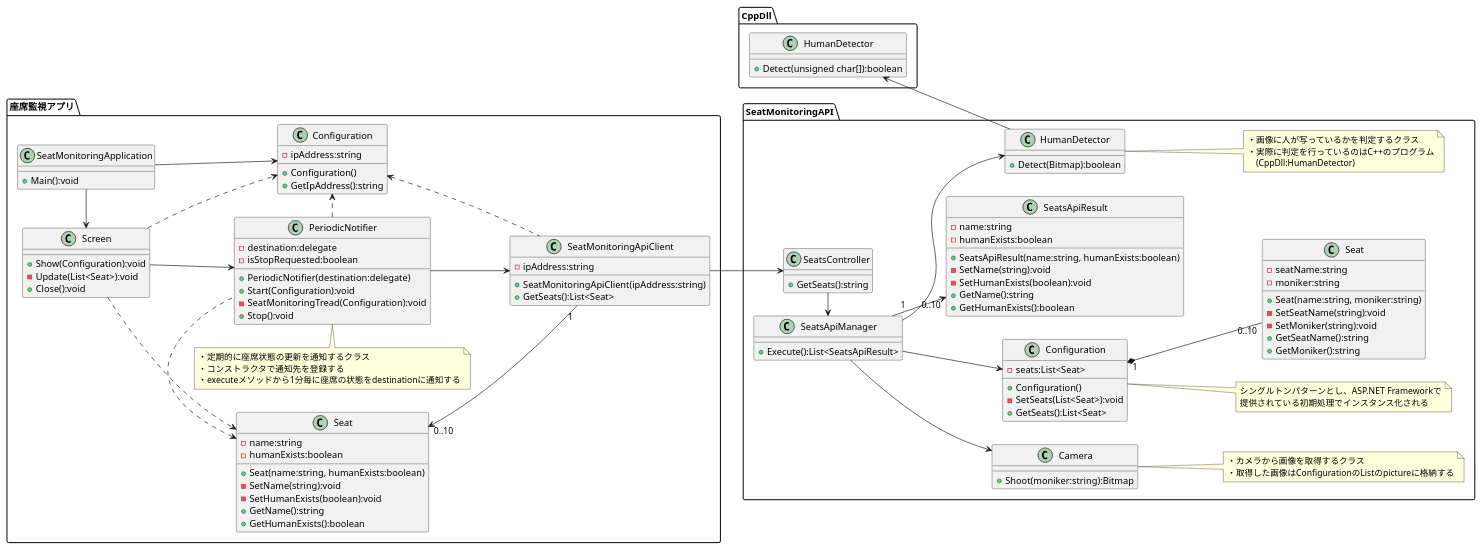
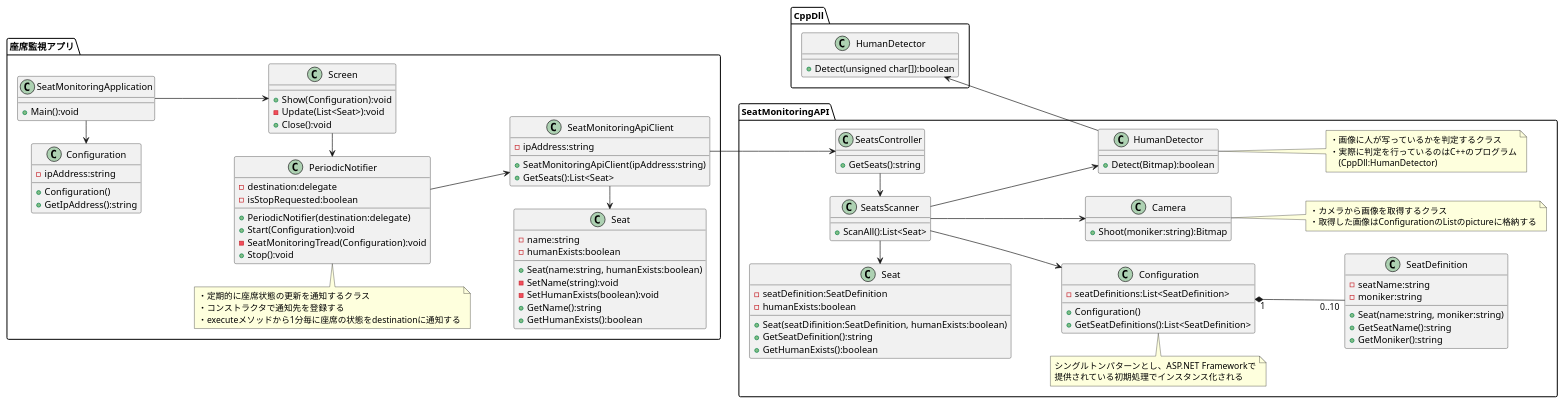
Before and after one commit to KeisukeSugita/Seat-monitoring-system: the diagram in doc/詳細設計/構成図(.pu)/クラス図.pu, drawn with PlantUML.

Commit message:
構成の見直し

```diff
--- a/doc/詳細設計/構成図(.pu)/クラス図.pu
+++ b/doc/詳細設計/構成図(.pu)/クラス図.pu
@@ -1,137 +1,126 @@
 @startuml クラス図
 left to right direction
 
 package 座席監視アプリ {
     class SeatMonitoringApplication {
         + Main():void
     }
 
     class "Configuration" as ClientConfiguration {
 		'hostnameとかendpointとか
         - ipAddress:string 
         + Configuration()
         + GetIpAddress():string
     }
 
 	class Screen {
         + Show(Configuration):void
         - Update(List<Seat>):void
 		+ Close():void
     }
 
     class SeatMonitoringApiClient {
         - ipAddress:string
         + SeatMonitoringApiClient(ipAddress:string)
         + GetSeats():List<Seat>
     }
 
     class PeriodicNotifier {
         - destination:delegate
         - isStopRequested:boolean
         + PeriodicNotifier(destination:delegate)
         + Start(Configuration):void
         - SeatMonitoringTread(Configuration):void
         + Stop():void
     }
     note top of PeriodicNotifier
         ・定期的に座席状態の更新を通知するクラス
         ・コンストラクタで通知先を登録する
         ・executeメソッドから1分毎に座席の状態をdestinationに通知する
     end note
 
     class "Seat" as ClientSeat {
         - name:string
         - humanExists:boolean
         + Seat(name:string, humanExists:boolean)
         - SetName(string):void
         - SetHumanExists(boolean):void
         + GetName():string
         + GetHumanExists():boolean
     }
 }
 
 package SeatMonitoringAPI {
 	class SeatsController {
         + GetSeats():string
     }
 
-    class SeatsApiManager {
-        + Execute():List<SeatsApiResult>
+    class SeatsScanner {
+        + ScanAll():List<Seat>
     }
     
     class "Configuration" as ServerConfiguration {
-        - seats:List<Seat>
+        - seatDefinitions:List<SeatDefinition>
         + Configuration()
-        - SetSeats(List<Seat>):void
-        + GetSeats():List<Seat>
+        + GetSeatDefinitions():List<SeatDefinition>
     }
-	note right of ServerConfiguration
+	note top of ServerConfiguration
 		シングルトンパターンとし、ASP.NET Frameworkで
 		提供されている初期処理でインスタンス化される
 	end note
 
-    'Cameraでよくない?
     class Camera {
         + Shoot(moniker:string):Bitmap
     }
     note right of Camera
         ・カメラから画像を取得するクラス
         ・取得した画像はConfigurationのListのpictureに格納する
     end note
     
     class "HumanDetector" as CsHumanDetector {
         + Detect(Bitmap):boolean
     }
     note right of CsHumanDetector
         ・画像に人が写っているかを判定するクラス
         ・実際に判定を行っているのはC++のプログラム
         　(CppDll:HumanDetector)
     end note
 
-    class "Seat" as ServerSeat {
+    class SeatDefinition {
         - seatName:string
         - moniker:string
         + Seat(name:string, moniker:string)
-        - SetSeatName(string):void
-        - SetMoniker(string):void
         + GetSeatName():string
         + GetMoniker():string
     }
 
-    class SeatsApiResult {
-        - name:string
+    class Seat {
+        - seatDefinition:SeatDefinition
         - humanExists:boolean
-        + SeatsApiResult(name:string, humanExists:boolean)
-        - SetName(string):void
-        - SetHumanExists(boolean):void
-        + GetName():string
+        + Seat(seatDifinition:SeatDefinition, humanExists:boolean)
+        + GetSeatDefinition():string
         + GetHumanExists():boolean
     }
 }
 
 package CppDll {
     class "HumanDetector" as CppHumanDetector {
         + Detect(unsigned char[]):boolean
     }
 }
 
-SeatMonitoringApplication -> ClientConfiguration
-SeatMonitoringApplication -left-> Screen
-Screen -down-> PeriodicNotifier
-PeriodicNotifier -down-> SeatMonitoringApiClient
-PeriodicNotifier .> ClientConfiguration
-PeriodicNotifier .left.> ClientSeat
-Screen .> ClientSeat
-Screen .> ClientConfiguration
-SeatMonitoringApiClient .left.> ClientConfiguration
-SeatMonitoringApiClient "1"-left->"0..10" ClientSeat
+SeatMonitoringApplication -left-> ClientConfiguration
+SeatMonitoringApplication --> Screen
+Screen -left-> PeriodicNotifier
+PeriodicNotifier --> SeatMonitoringApiClient
+SeatMonitoringApiClient -left-> ClientSeat
 SeatMonitoringApiClient -down-> SeatsController
-SeatsController -left-> SeatsApiManager
-ServerConfiguration "1"*-down-"0..10" ServerSeat
-SeatsApiManager --> ServerConfiguration
-SeatsApiManager --> Camera
-SeatsApiManager --> CsHumanDetector
-SeatsApiManager "1"-->"0..10" SeatsApiResult
+SeatsController -left-> SeatsScanner
+ServerConfiguration "1"*-down-"0..10" SeatDefinition
+SeatsScanner --> ServerConfiguration
+SeatsScanner --> Camera
+SeatsScanner --> CsHumanDetector
+SeatsScanner -left-> Seat
 CppHumanDetector <-- CsHumanDetector
 
 @enduml
```
